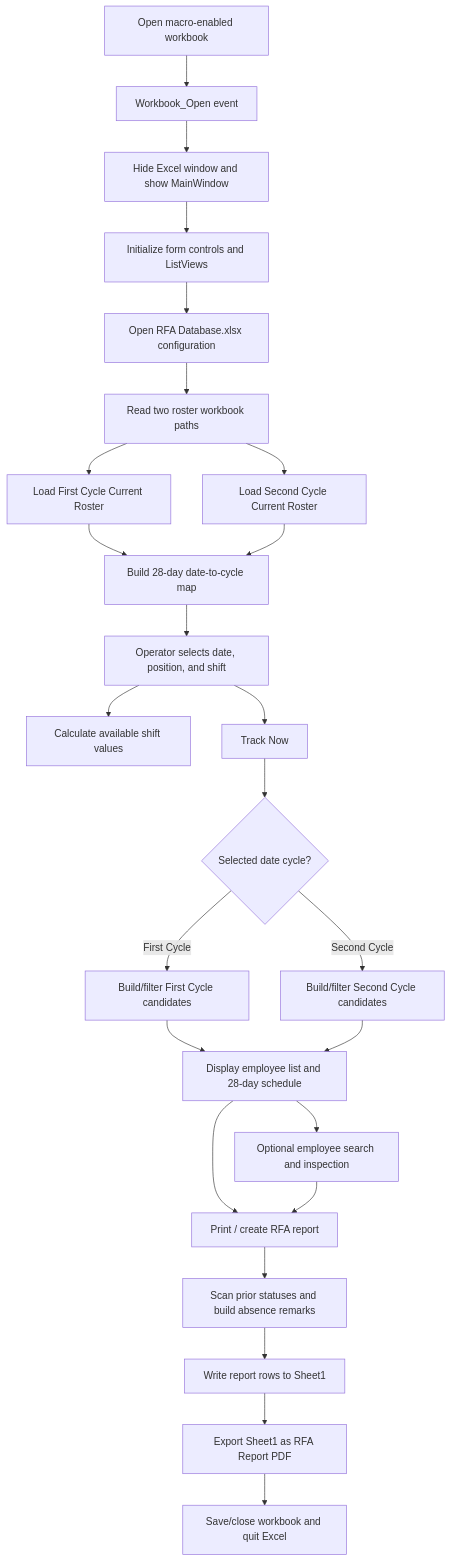
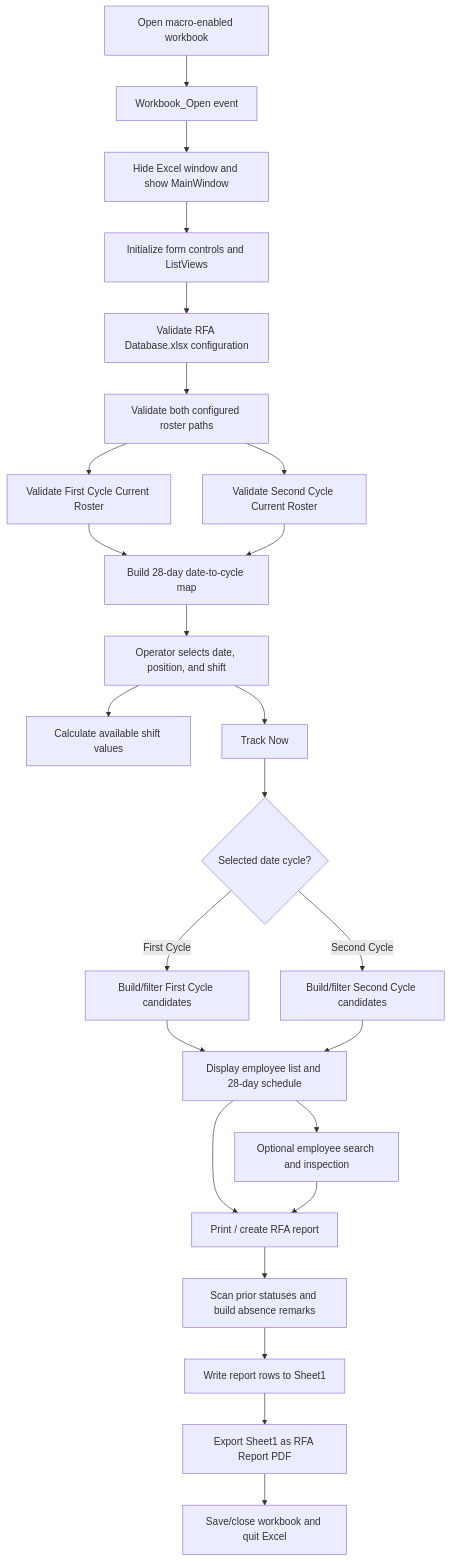
Before and after one commit to moonstarph23/Common-Script: the first of 5 diagrams in RFA/VBA_DOCUMENTATION.md, drawn with Mermaid. The commit also changed other lines of this file and 2 other files, not shown here.

Commit message:
Harden RFA startup data loading

````diff
--- a/RFA/VBA_DOCUMENTATION.md
+++ b/RFA/VBA_DOCUMENTATION.md
@@ -19,27 +19,27 @@
 ```mermaid
 flowchart TD
     Open["Open macro-enabled workbook"] --> WOpen["Workbook_Open event"]
     WOpen --> HideExcel["Hide Excel window and show MainWindow"]
     HideExcel --> Init["Initialize form controls and ListViews"]
-    Init --> Config["Open RFA Database.xlsx configuration"]
-    Config --> Paths["Read two roster workbook paths"]
-    Paths --> Load1["Load First Cycle Current Roster"]
-    Paths --> Load2["Load Second Cycle Current Roster"]
+    Init --> Config["Validate RFA Database.xlsx configuration"]
+    Config --> Paths["Validate both configured roster paths"]
+    Paths --> Load1["Validate First Cycle Current Roster"]
+    Paths --> Load2["Validate Second Cycle Current Roster"]
     Load1 --> Dates["Build 28-day date-to-cycle map"]
     Load2 --> Dates
     Dates --> Select["Operator selects date, position, and shift"]
     Select --> Available["Calculate available shift values"]
     Select --> Track["Track Now"]
     Track --> Cycle{"Selected date cycle?"}
     Cycle -->|First Cycle| First["Build/filter First Cycle candidates"]
     Cycle -->|Second Cycle| Second["Build/filter Second Cycle candidates"]
     First --> Review["Display employee list and 28-day schedule"]
     Second --> Review
     Review --> Search["Optional employee search and inspection"]
     Review --> Print["Print / create RFA report"]
     Search --> Print
     Print --> History["Scan prior statuses and build absence remarks"]
     History --> Sheet["Write report rows to Sheet1"]
     Sheet --> PDF["Export Sheet1 as RFA Report PDF"]
     PDF --> Close["Save/close workbook and quit Excel"]
 ```
````
